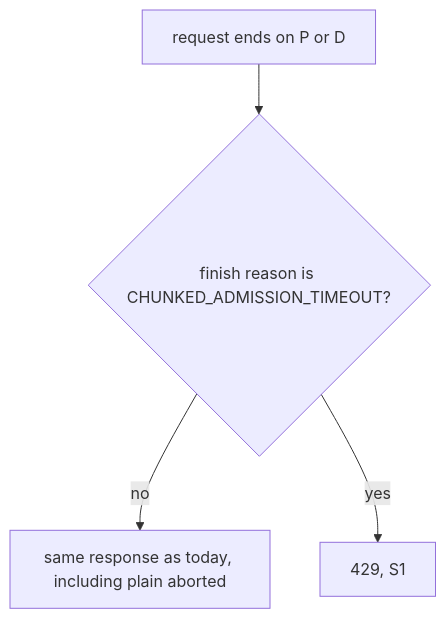
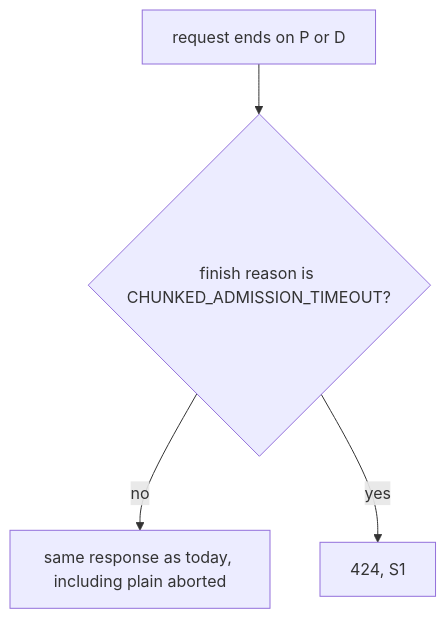
The sixth of 6 diagrams in docs/pd_admission_timeout.md (MengqingCao/ATOM), drawn with Mermaid before and after one commit. The commit also changed other lines of this file, not shown here.

````diff
--- a/docs/pd_admission_timeout.md
+++ b/docs/pd_admission_timeout.md
@@ -144,6 +151,6 @@
 ```mermaid
 flowchart TD
     A[request ends on P or D] --> B{finish reason is CHUNKED_ADMISSION_TIMEOUT?}
     B -- no --> C[same response as today, including plain aborted]
-    B -- yes --> D[429, S1]
+    B -- yes --> D[424, S1]
 ```
````
